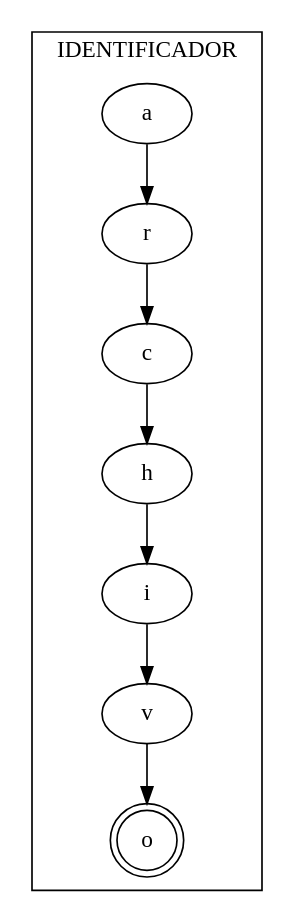
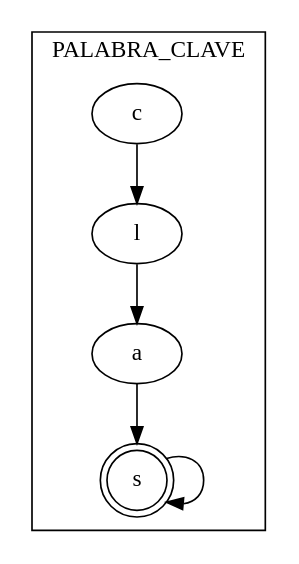
Before and after one commit to luisbaquiax/2023_Lenguajes_practica_1: the diagram in LenguajesPracticaLexico/src/example.dot, drawn with Graphviz. The commit also changed 69 other files, not shown here.

```diff
--- a/LenguajesPracticaLexico/src/example.dot
+++ b/LenguajesPracticaLexico/src/example.dot
@@ -1,8 +1,8 @@
 digraph G {
 
-  "o" [shape=doublecircle]  subgraph cluster_0 {
+  "s" [shape=doublecircle]  subgraph cluster_0 {
 
-"a" -> "r" -> "c" -> "h" -> "i" -> "v" -> "o";
-    label = "IDENTIFICADOR";
+"c" -> "l" -> "a" -> "s" -> "s";
+    label = "PALABRA_CLAVE";
   }
 }
```
